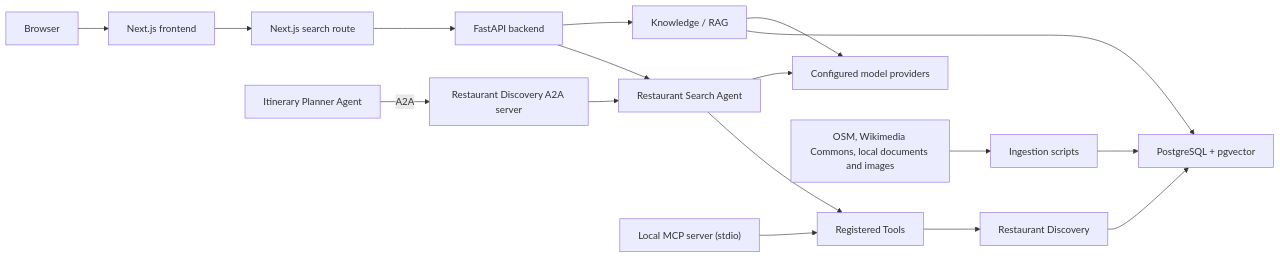
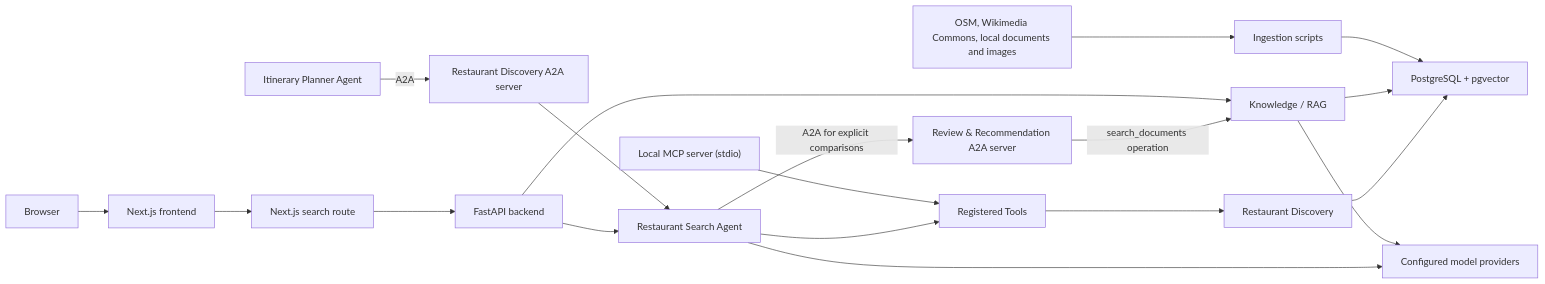
One commit to devCarlosMonsalve/restaurant-ai-rag changed the diagram in README.md. Above: the diagram before and after it, drawn with Mermaid. The commit also changed other lines of this file and 5 other files, not shown here.

Commit message:
feat: Update documentation and integration test setup for Review & Recommendation A2A service

````diff
--- a/README.md
+++ b/README.md
@@ -18,19 +34,21 @@
 ```mermaid
 flowchart LR
     Browser["Browser"] --> Next["Next.js frontend"]
     Next --> Proxy["Next.js search route"]
     Proxy --> API["FastAPI backend"]
     API --> Agent["Restaurant Search Agent"]
     Agent --> Tools["Registered Tools"]
     Tools --> Discovery["Restaurant Discovery"]
+    Agent -->|"A2A for explicit comparisons"| Review["Review & Recommendation A2A server"]
+    Review -->|"search_documents operation"| Knowledge
     API --> Knowledge["Knowledge / RAG"]
     Discovery --> DB["PostgreSQL + pgvector"]
     Knowledge --> DB
     Agent --> Models["Configured model providers"]
     Knowledge --> Models
     Ingestion["Ingestion scripts"] --> DB
     Sources["OSM, Wikimedia Commons, local documents and images"] --> Ingestion
     Planner["Itinerary Planner Agent"] -->|"A2A"| DiscoveryServer["Restaurant Discovery A2A server"]
     DiscoveryServer --> Agent
     MCP["Local MCP server (stdio)"] --> Tools
 ```
````
